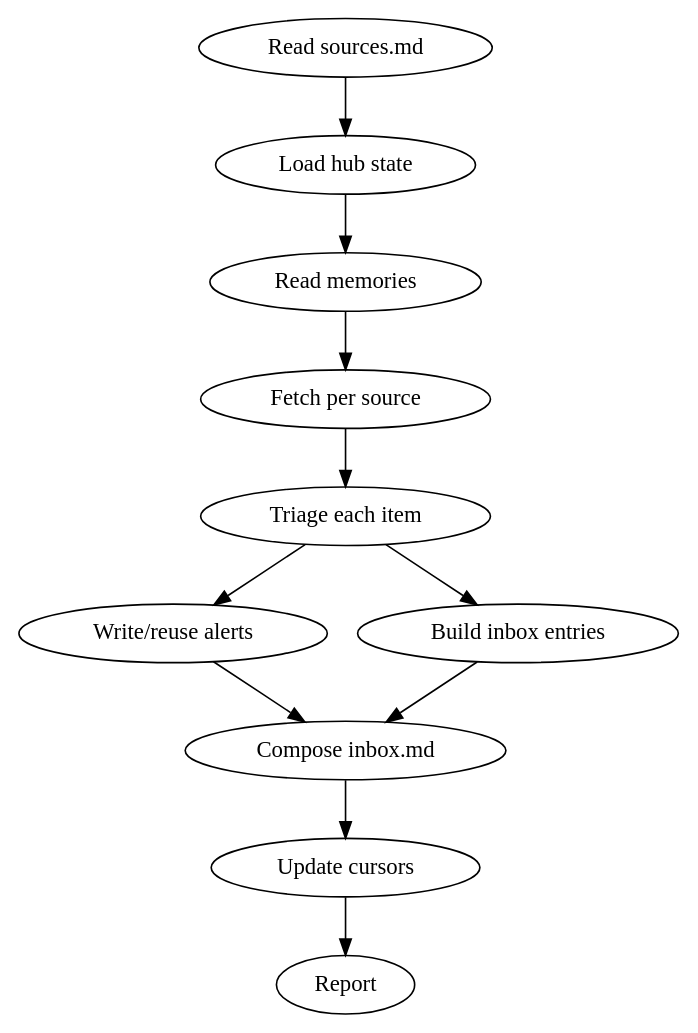
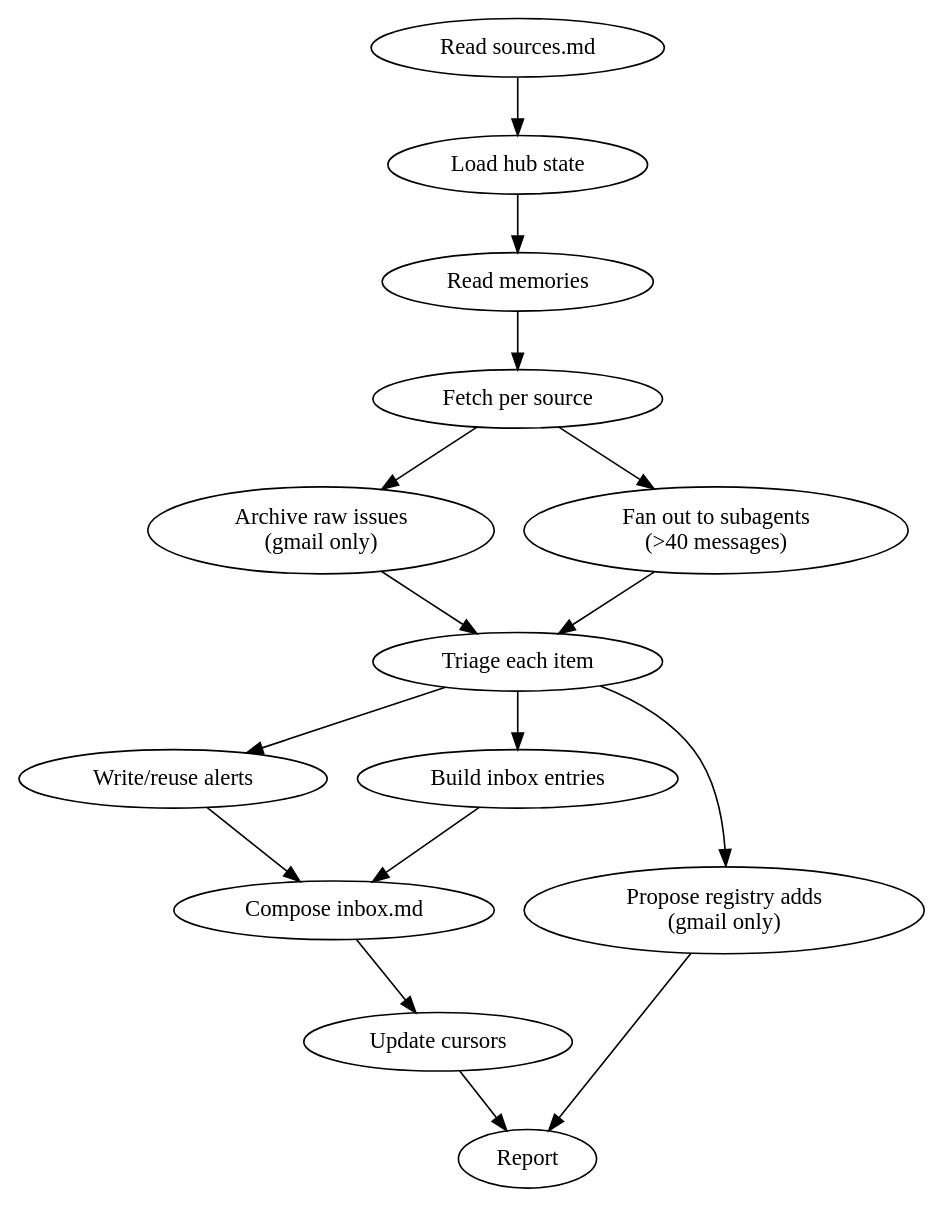
Before and after one commit to pwood16/claude-kit: the second of 2 diagrams in plugins/hub/skills/curate/SKILL.md, drawn with Graphviz. The commit also changed other lines of this file and 4 other files, not shown here.

First line of the commit message:
feat(hub): add gmail source type to /curate for newsletter pull (#44)

````diff
--- a/plugins/hub/skills/curate/SKILL.md
+++ b/plugins/hub/skills/curate/SKILL.md
@@ -281,14 +520,19 @@
 ```dot
 digraph full_run {
   "Read sources.md" -> "Load hub state";
   "Load hub state" -> "Read memories";
   "Read memories" -> "Fetch per source";
-  "Fetch per source" -> "Triage each item";
+  "Fetch per source" -> "Archive raw issues\n(gmail only)";
+  "Fetch per source" -> "Fan out to subagents\n(>40 messages)";
+  "Fan out to subagents\n(>40 messages)" -> "Triage each item";
+  "Archive raw issues\n(gmail only)" -> "Triage each item";
   "Triage each item" -> "Write/reuse alerts";
   "Triage each item" -> "Build inbox entries";
+  "Triage each item" -> "Propose registry adds\n(gmail only)";
   "Write/reuse alerts" -> "Compose inbox.md";
   "Build inbox entries" -> "Compose inbox.md";
   "Compose inbox.md" -> "Update cursors";
   "Update cursors" -> "Report";
+  "Propose registry adds\n(gmail only)" -> "Report";
 }
 ```
````
